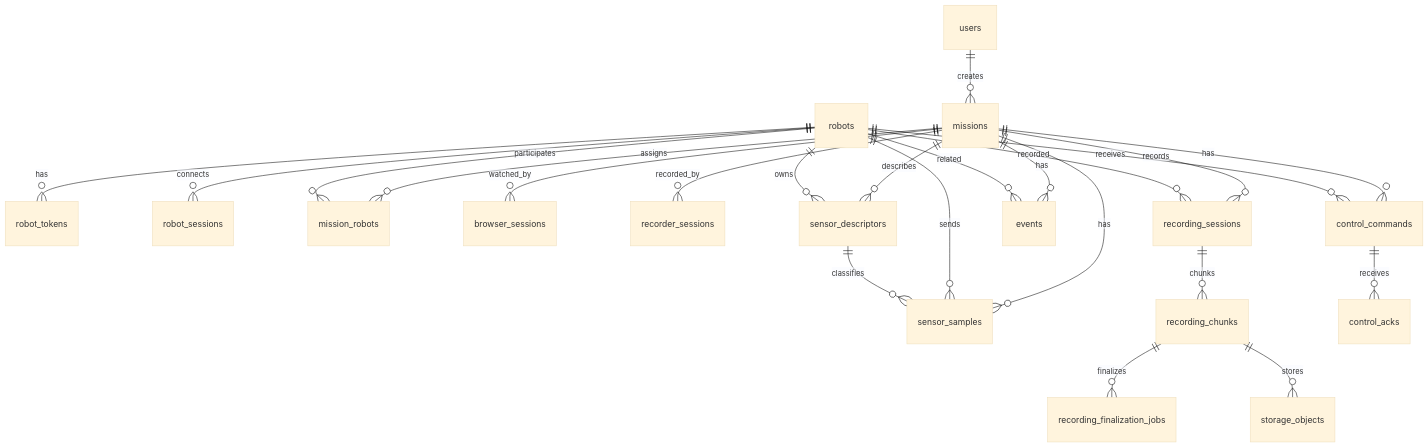
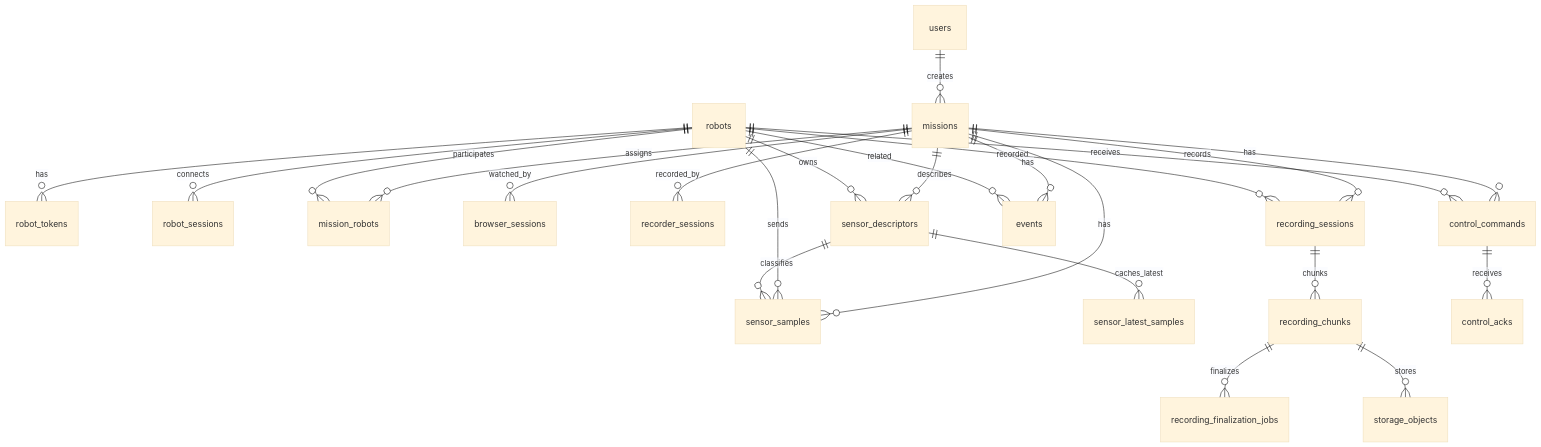
The diagram in docs/stable/data-storage.md (dhkimxx/robot-center), drawn with Mermaid (base theme) before and after one commit. The commit also changed other lines of this file and 78 other files, not shown here.

Commit message:
refactor api dto contracts and live sensor flow

````diff
--- a/docs/stable/data-storage.md
+++ b/docs/stable/data-storage.md
@@ -106,28 +109,29 @@
 ```mermaid
 erDiagram
   users ||--o{ missions : creates
   robots ||--o{ robot_tokens : has
   robots ||--o{ robot_sessions : connects
   missions ||--o{ mission_robots : assigns
   robots ||--o{ mission_robots : participates
   missions ||--o{ browser_sessions : watched_by
   missions ||--o{ recorder_sessions : recorded_by
 
   missions ||--o{ sensor_descriptors : describes
   robots ||--o{ sensor_descriptors : owns
   missions ||--o{ sensor_samples : has
   robots ||--o{ sensor_samples : sends
   sensor_descriptors ||--o{ sensor_samples : classifies
+  sensor_descriptors ||--o{ sensor_latest_samples : caches_latest
 
   missions ||--o{ recording_sessions : records
   robots ||--o{ recording_sessions : recorded
   recording_sessions ||--o{ recording_chunks : chunks
   recording_chunks ||--o{ recording_finalization_jobs : finalizes
   recording_chunks ||--o{ storage_objects : stores
 
   missions ||--o{ events : has
   robots ||--o{ events : related
   missions ||--o{ control_commands : has
   robots ||--o{ control_commands : receives
   control_commands ||--o{ control_acks : receives
 ```
````
